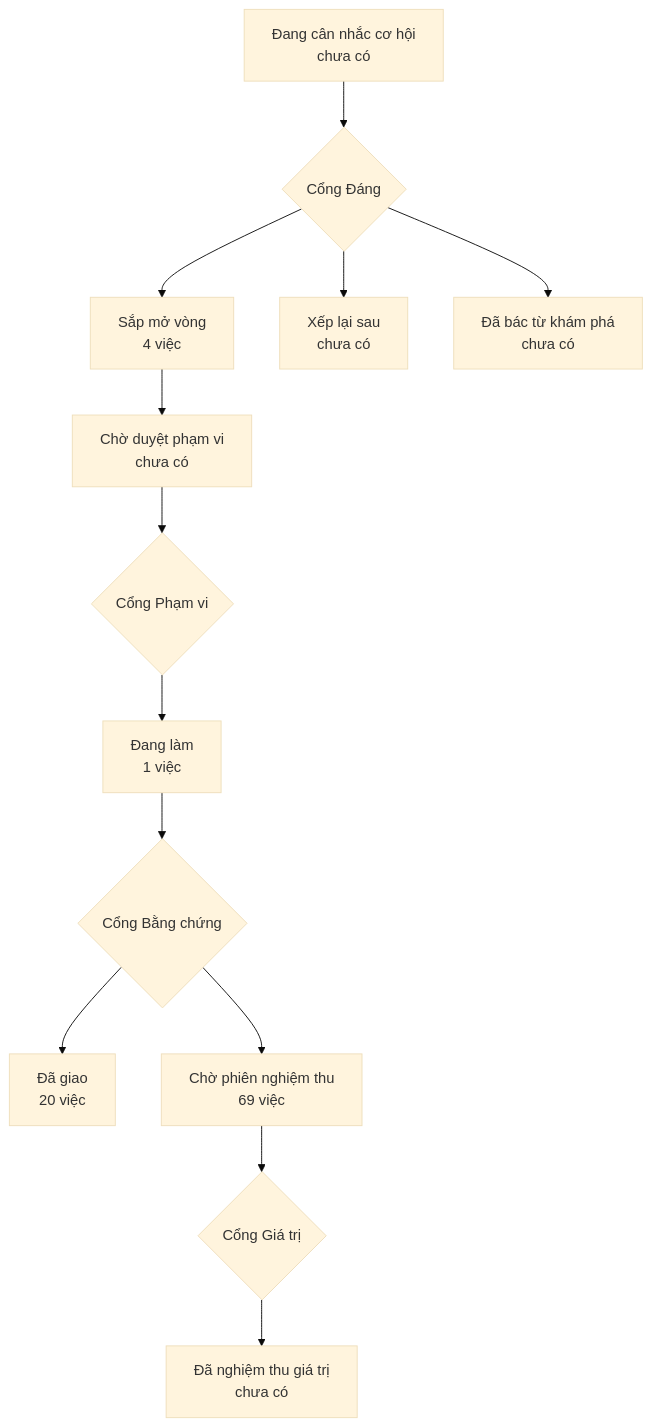
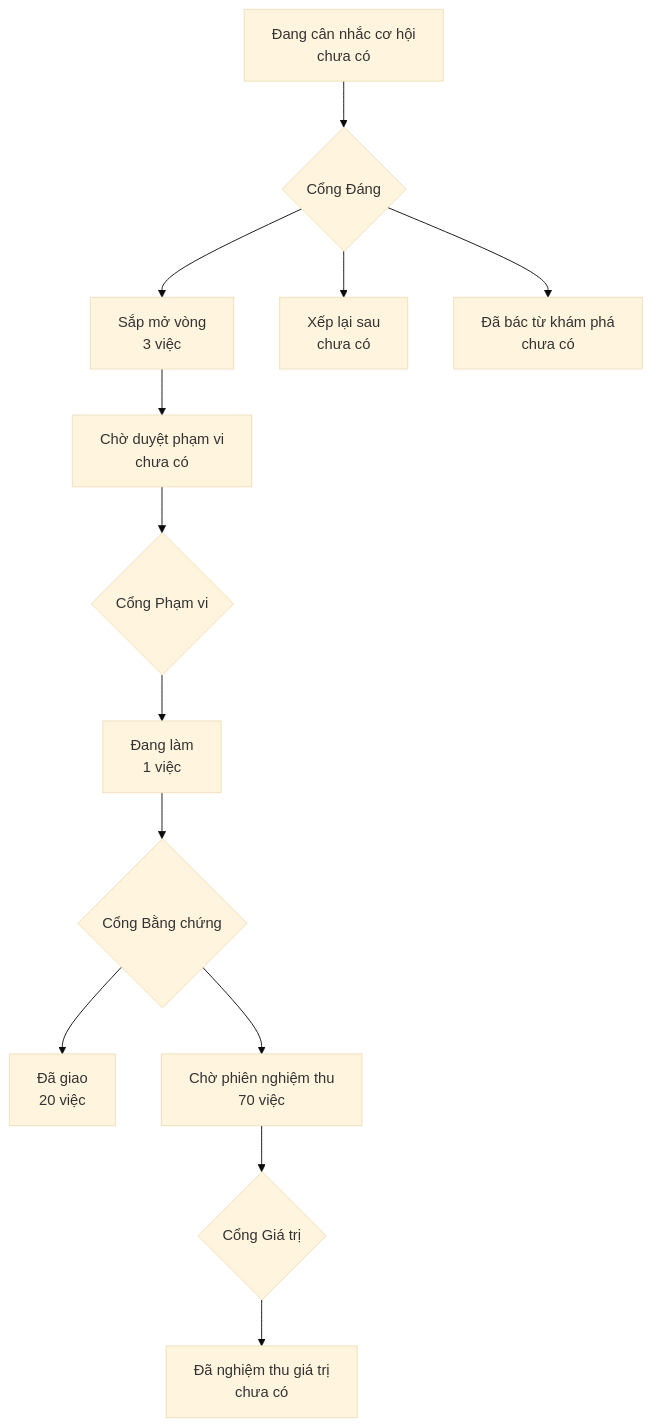
One commit to phanlemanh/onehub-quy-hang changed the diagram in PRODUCT-MAP.md. Above: the diagram before and after it, drawn with Mermaid (base theme). The commit also changed 1 other file, not shown here.

Commit message:
chore: vẽ lại bản đồ sản phẩm và lộ trình sau gộp main

````diff
--- a/PRODUCT-MAP.md
+++ b/PRODUCT-MAP.md
@@ -7,12 +7,12 @@
 ```mermaid
 flowchart TD
   A["Đang cân nhắc cơ hội<br/>chưa có"] --> GD{"Cổng Đáng"}
-  GD --> B["Sắp mở vòng<br/>4 việc"]
+  GD --> B["Sắp mở vòng<br/>3 việc"]
   GD --> XL["Xếp lại sau<br/>chưa có"]
   GD --> DB["Đã bác từ khám phá<br/>chưa có"]
   B --> CD["Chờ duyệt phạm vi<br/>chưa có"] --> GP{"Cổng Phạm vi"}
   GP --> DL["Đang làm<br/>1 việc"] --> GB{"Cổng Bằng chứng"}
   GB --> DG["Đã giao<br/>20 việc"]
-  GB --> CN["Chờ phiên nghiệm thu<br/>69 việc"] --> GG{"Cổng Giá trị"}
+  GB --> CN["Chờ phiên nghiệm thu<br/>70 việc"] --> GG{"Cổng Giá trị"}
   GG --> NT["Đã nghiệm thu giá trị<br/>chưa có"]
 ```
````
